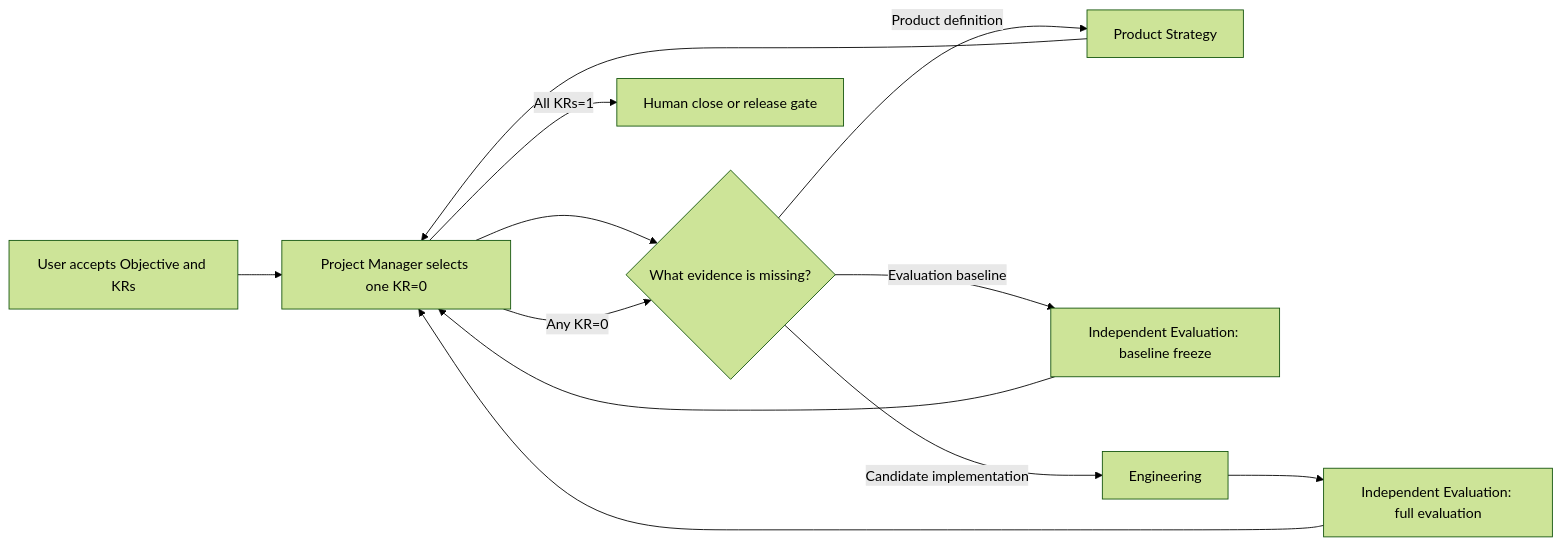
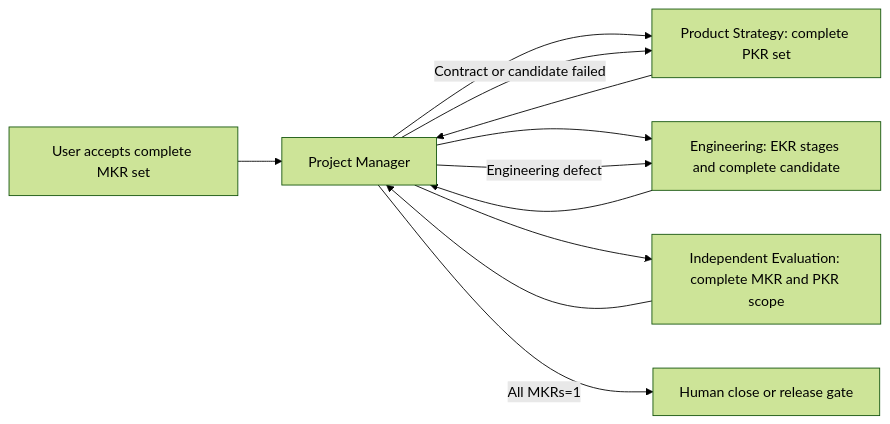
The first of 2 diagrams in README.md (Deepleaper/Code-role), drawn with Mermaid (forest theme) before and after one commit. The commit also changed other lines of this file and 100 other files, not shown here.

````diff
--- a/README.md
+++ b/README.md
@@ -132,14 +133,13 @@
 ```mermaid
 flowchart LR
-    U["User accepts Objective and KRs"] --> PM["Project Manager selects one KR=0"]
-    PM --> D{"What evidence is missing?"}
-    D -- "Product definition" --> P["Product Strategy"]
-    D -- "Evaluation baseline" --> V0["Independent Evaluation: baseline freeze"]
-    D -- "Candidate implementation" --> E["Engineering"]
-    E --> V["Independent Evaluation: full evaluation"]
+    U["User accepts complete MKR set"] --> PM["Project Manager"]
+    PM --> P["Product Strategy: complete PKR set"]
     P --> PM
-    V0 --> PM
+    PM --> E["Engineering: EKR stages and complete candidate"]
+    E --> PM
+    PM --> V["Independent Evaluation: complete MKR and PKR scope"]
     V --> PM
-    PM -- "Any KR=0" --> D
-    PM -- "All KRs=1" --> H["Human close or release gate"]
+    PM -- "All MKRs=1" --> H["Human close or release gate"]
+    PM -- "Contract or candidate failed" --> P
+    PM -- "Engineering defect" --> E
 ```
````
